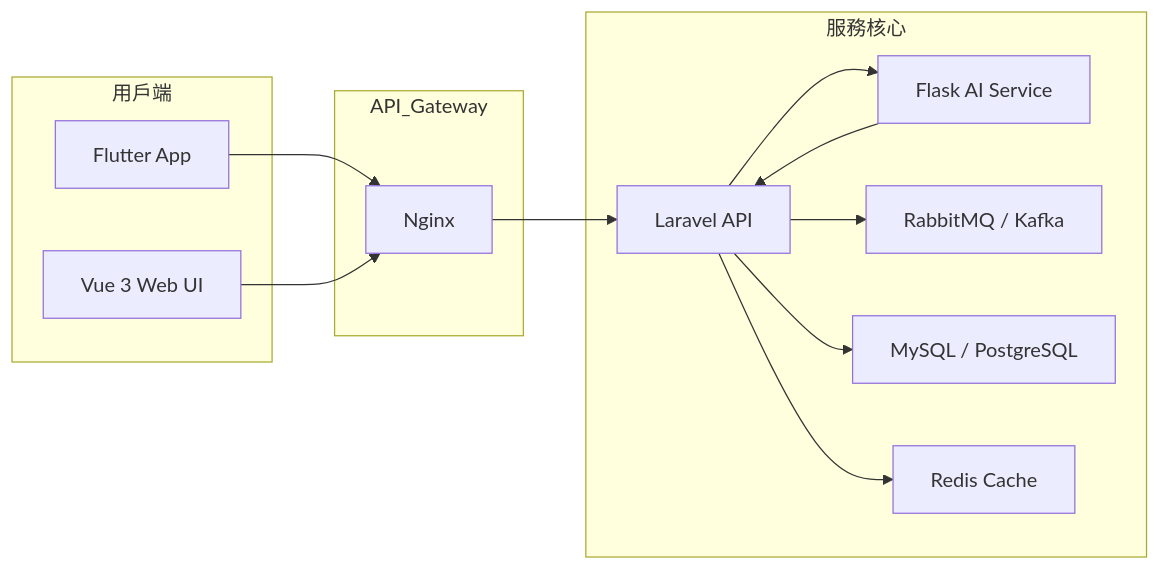
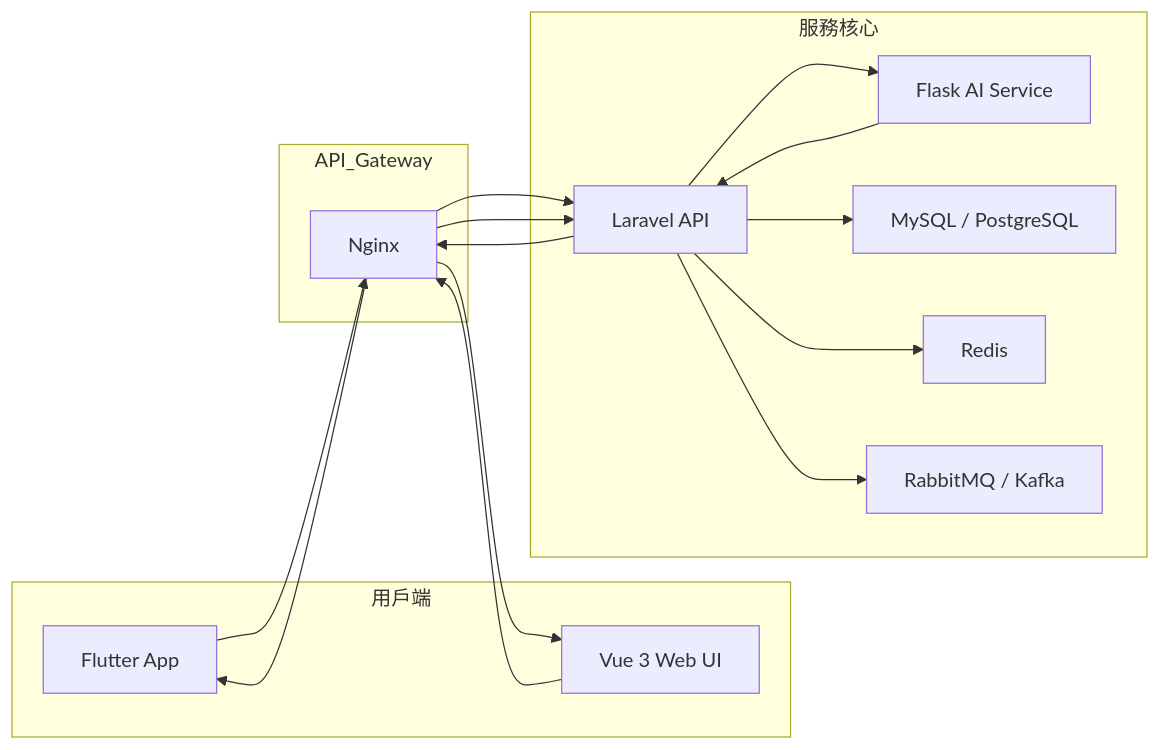
One commit to BpsEason/petcarehub changed the diagram in README.md. Above: the diagram before and after it, drawn with Mermaid. The commit also changed other lines of this file, not shown here.

````diff
--- a/README.md
+++ b/README.md
@@ -38,29 +51,32 @@
 ```mermaid
 flowchart LR
   subgraph 用戶端
     F[Flutter App]
     W[Vue 3 Web UI]
   end
 
   subgraph API_Gateway
     NGN[Nginx]
   end
 
   subgraph 服務核心
     LAPI[Laravel API]
     AI[Flask AI Service]
+    DB[MySQL / PostgreSQL]
+    CACHE[Redis]
     MQ[RabbitMQ / Kafka]
-    DB[MySQL / PostgreSQL]
-    CACHE[Redis Cache]
   end
 
-  F --> NGN
-  W --> NGN
-  NGN --> LAPI
+  %% 請求路徑
+  F --> NGN --> LAPI
+  W --> NGN --> LAPI
   LAPI --> DB
   LAPI --> CACHE
   LAPI --> MQ
   LAPI --> AI
-  AI --> LAPI
 
+  %% 回應路徑
+  AI --> LAPI --> NGN
+  NGN --> F
+  NGN --> W
 ```
````
